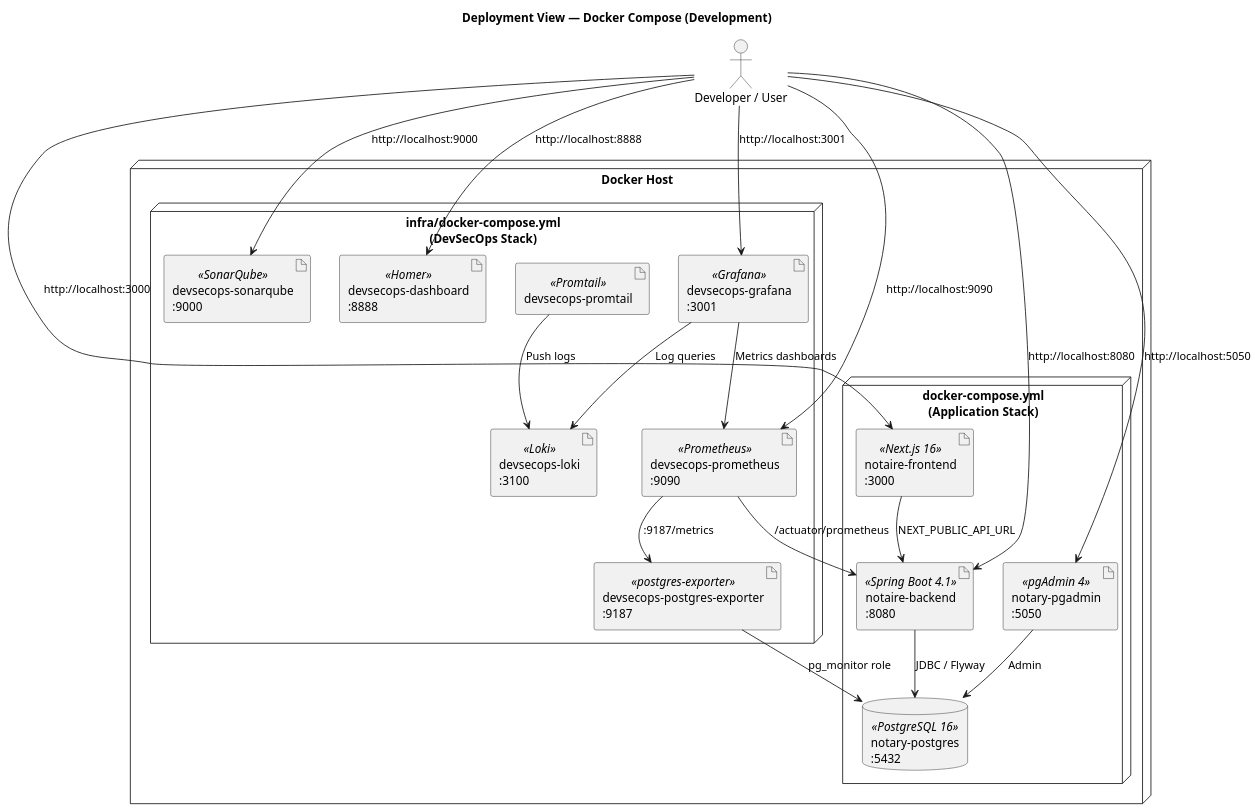
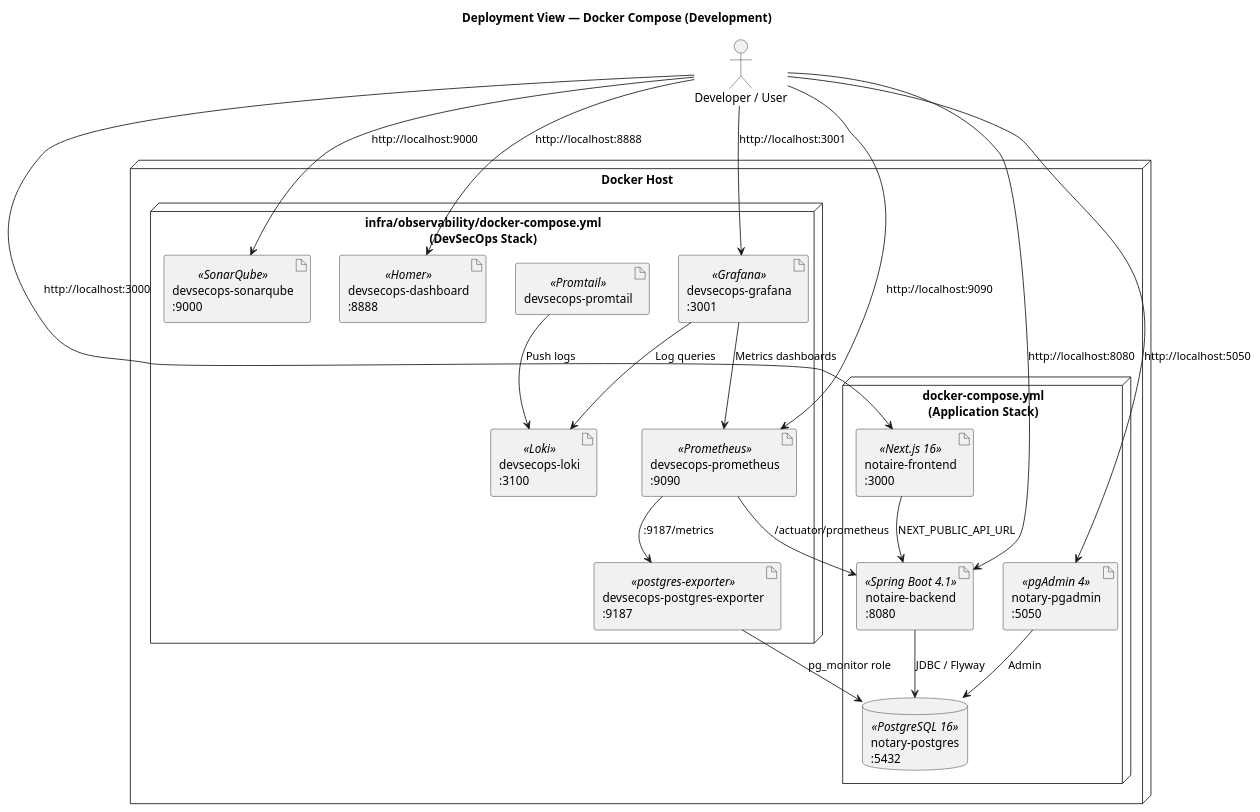
Before and after one commit to matiaspakua/notaire: the diagram in docs/200-architecture/204-diagrams/deployment-docker.puml, drawn with PlantUML. The commit also changed 20 other files, not shown here.

```diff
--- a/docs/200-architecture/204-diagrams/deployment-docker.puml
+++ b/docs/200-architecture/204-diagrams/deployment-docker.puml
@@ -1,43 +1,43 @@
 @startuml
 title Deployment View — Docker Compose (Development)
 
 node "Docker Host" {
   node "docker-compose.yml\n(Application Stack)" {
     artifact "notaire-frontend\n:3000" as FE <<Next.js 16>>
     artifact "notaire-backend\n:8080" as BE <<Spring Boot 4.1>>
     database "notary-postgres\n:5432" as DB <<PostgreSQL 16>>
     artifact "notary-pgadmin\n:5050" as PGA <<pgAdmin 4>>
   }
 
-  node "infra/docker-compose.yml\n(DevSecOps Stack)" {
+  node "infra/observability/docker-compose.yml\n(DevSecOps Stack)" {
     artifact "devsecops-prometheus\n:9090" as Prom <<Prometheus>>
     artifact "devsecops-grafana\n:3001" as Graf <<Grafana>>
     artifact "devsecops-loki\n:3100" as Loki <<Loki>>
     artifact "devsecops-promtail" as Tail <<Promtail>>
     artifact "devsecops-sonarqube\n:9000" as Sonar <<SonarQube>>
     artifact "devsecops-postgres-exporter\n:9187" as PGExp <<postgres-exporter>>
     artifact "devsecops-dashboard\n:8888" as Homer <<Homer>>
   }
 }
 
 actor "Developer / User" as Dev
 
 Dev --> FE : http://localhost:3000
 Dev --> BE : http://localhost:8080
 Dev --> PGA : http://localhost:5050
 Dev --> Graf : http://localhost:3001
 Dev --> Prom : http://localhost:9090
 Dev --> Sonar : http://localhost:9000
 Dev --> Homer : http://localhost:8888
 
 FE --> BE : NEXT_PUBLIC_API_URL
 BE --> DB : JDBC / Flyway
 PGA --> DB : Admin
 
 Prom --> BE : /actuator/prometheus
 Prom --> PGExp : :9187/metrics
 PGExp --> DB : pg_monitor role
 Tail --> Loki : Push logs
 Graf --> Prom : Metrics dashboards
 Graf --> Loki : Log queries
 @enduml
```
